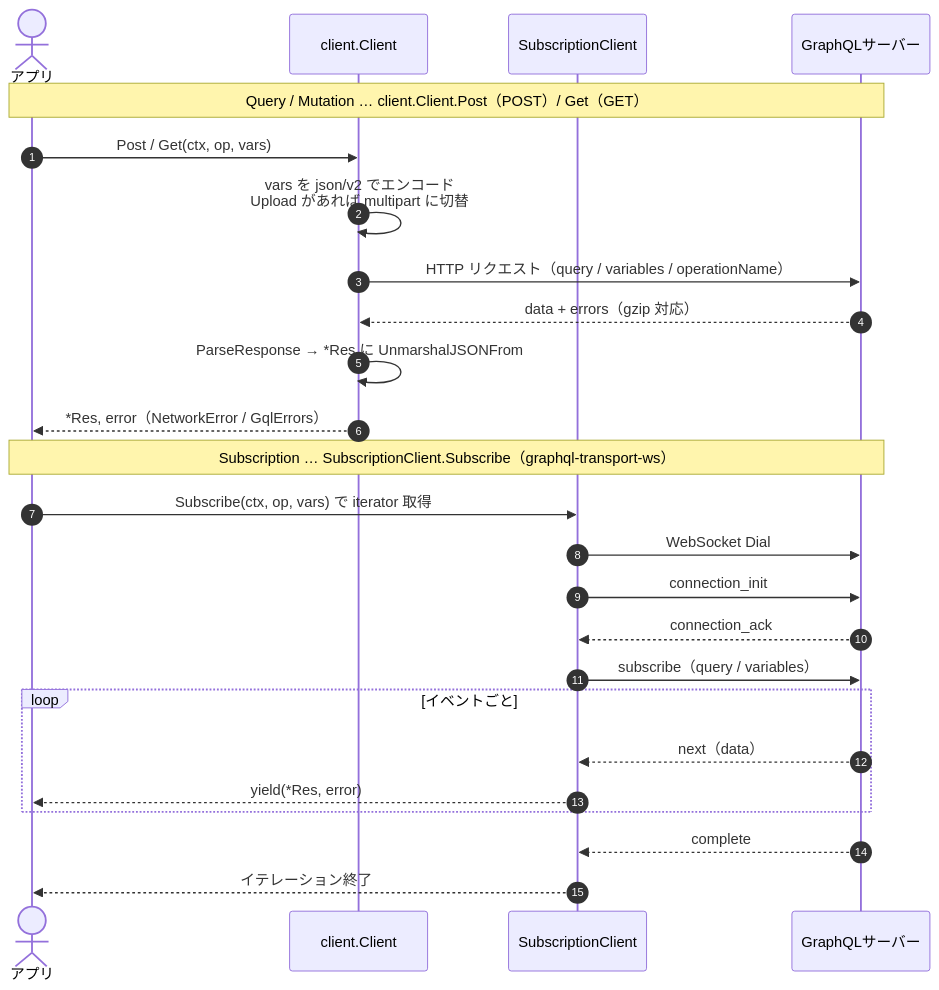
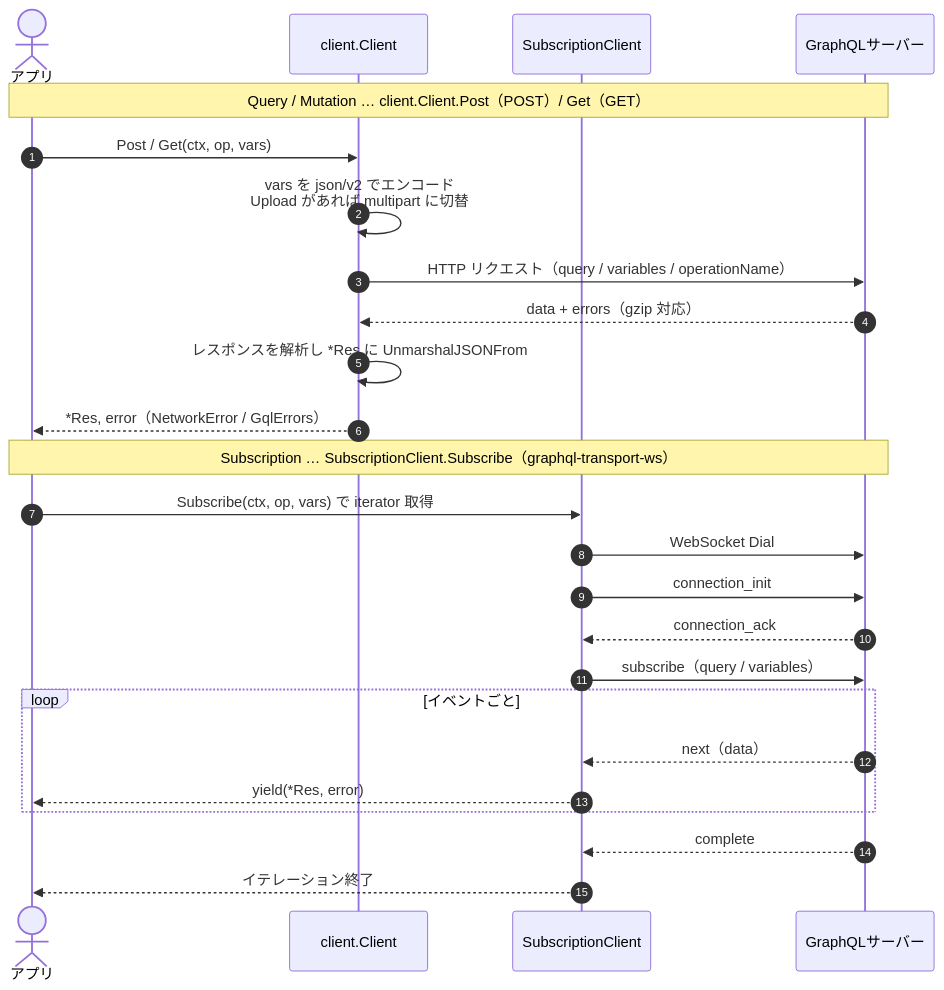
One commit to gqlgo/gqlgenc changed the second of 2 diagrams in README.md. Above: the diagram before and after it, drawn with Mermaid. The commit also changed 9 other files, not shown here.

````diff
--- a/README.md
+++ b/README.md
@@ -512,29 +512,29 @@
 ```mermaid
 sequenceDiagram
     autonumber
     actor App as アプリ
     participant C as client.Client
     participant SC as SubscriptionClient
     participant S as GraphQLサーバー
 
     Note over App,S: Query / Mutation … client.Client.Post（POST）/ Get（GET）
     App->>C: Post / Get(ctx, op, vars)
     C->>C: vars を json/v2 でエンコード<br/>Upload があれば multipart に切替
     C->>S: HTTP リクエスト（query / variables / operationName）
     S-->>C: data + errors（gzip 対応）
-    C->>C: ParseResponse → *Res に UnmarshalJSONFrom
+    C->>C: レスポンスを解析し *Res に UnmarshalJSONFrom
     C-->>App: *Res, error（NetworkError / GqlErrors）
 
     Note over App,S: Subscription … SubscriptionClient.Subscribe（graphql-transport-ws）
     App->>SC: Subscribe(ctx, op, vars) で iterator 取得
     SC->>S: WebSocket Dial
     SC->>S: connection_init
     S-->>SC: connection_ack
     SC->>S: subscribe（query / variables）
     loop イベントごと
         S-->>SC: next（data）
         SC-->>App: yield(*Res, error)
     end
     S-->>SC: complete
     SC-->>App: イテレーション終了
 ```
````
